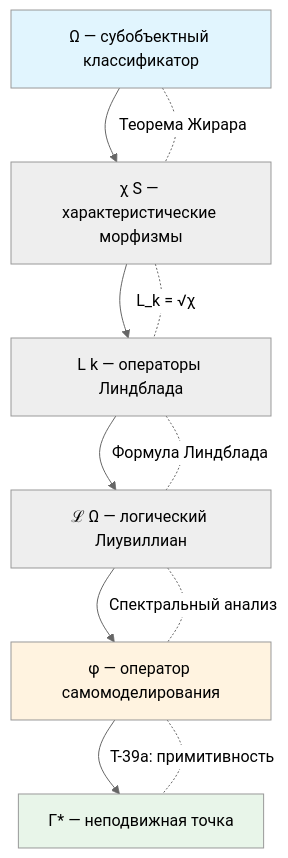
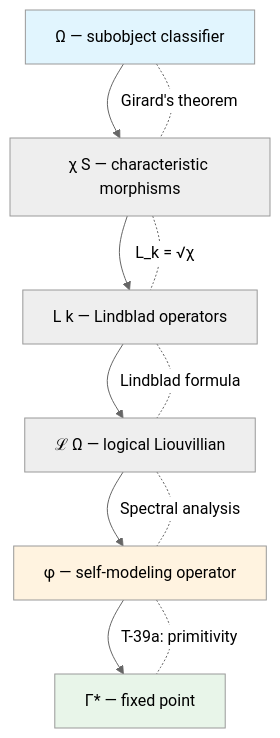
One commit to uhm-theory/holon changed the second of 3 diagrams in website/docs/applied/coherence-cybernetics/axiomatics.md. Above: the diagram before and after it, drawn with Mermaid (neutral theme). The commit also changed other lines of this file and 28 other files, not shown here.

````diff
--- a/website/docs/applied/coherence-cybernetics/axiomatics.md
+++ b/website/docs/applied/coherence-cybernetics/axiomatics.md
@@ -351,18 +351,18 @@
 ```mermaid
 graph TD
-    O["Ω — субобъектный классификатор"] --> CHI["χ S — характеристические морфизмы"]
-    CHI --> LK["L k — операторы Линдблада"]
-    LK --> LO["ℒ Ω — логический Лиувиллиан"]
-    LO --> PHI["φ — оператор самомоделирования"]
-    PHI --> FP["Γ* — неподвижная точка"]
+    O["Ω — subobject classifier"] --> CHI["χ S — characteristic morphisms"]
+    CHI --> LK["L k — Lindblad operators"]
+    LK --> LO["ℒ Ω — logical Liouvillian"]
+    LO --> PHI["φ — self-modeling operator"]
+    PHI --> FP["Γ* — fixed point"]
 
-    O -.- |"Теорема Жирара"| CHI
+    O -.- |"Girard's theorem"| CHI
     CHI -.- |"L_k = √χ"| LK
-    LK -.- |"Формула Линдблада"| LO
-    LO -.- |"Спектральный анализ"| PHI
-    PHI -.- |"T-39a: примитивность"| FP
+    LK -.- |"Lindblad formula"| LO
+    LO -.- |"Spectral analysis"| PHI
+    PHI -.- |"T-39a: primitivity"| FP
 
     style O fill:#e1f5fe
     style PHI fill:#fff3e0
     style FP fill:#e8f5e9
 ```
````
